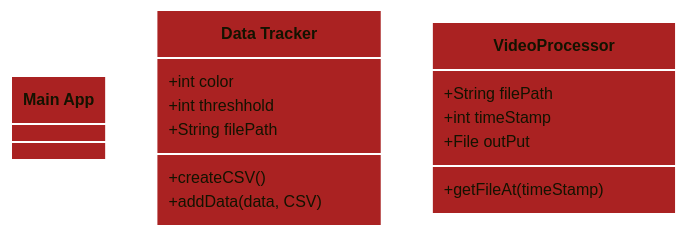
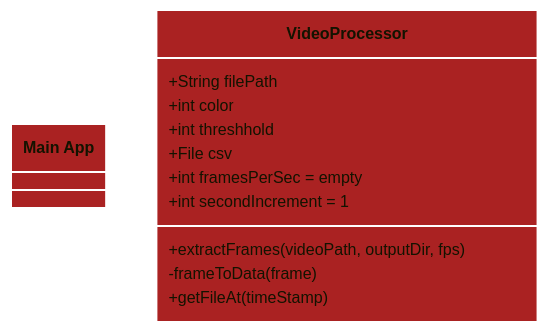
One commit to auberonedu/centroid-finder changed the second of 2 diagrams in planning.md. Above: the diagram before and after it, drawn with Mermaid. The commit also changed other lines of this file and 2 other files, not shown here.

Commit message:
Added notes

````diff
--- a/planning.md
+++ b/planning.md
@@ -24,21 +23,20 @@
 ```mermaid
 classDiagram
     class Main["Main App"] {
     }
-    class DataTracker["Data Tracker"] {
+
+    class Video["VideoProcessor"]{
+        +String filePath
         +int color
         +int threshhold
-        +String filePath
-        +createCSV()
-        +addData(data, CSV)
-    }
-    class Video["VideoProcessor"]{
-        +String filePath
-        +int timeStamp
-        +File outPut
+        +File csv
+        +int framesPerSec = empty
+        +int secondIncrement = 1
+        +extractFrames(videoPath, outputDir, fps)
+        -frameToData(frame)
         +getFileAt(timeStamp)
     }
 
 
     classDef default fill:#a22,stroke:#fff,stroke-width:2px;
 ```
````
